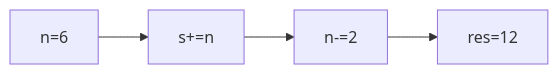
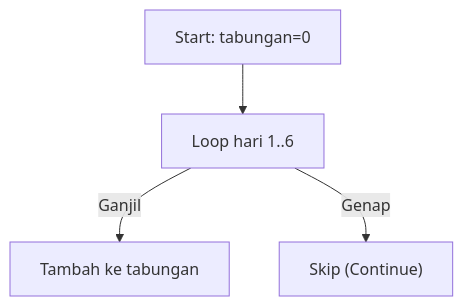
The ninth of 25 diagrams in part-c-pemahaman-cpp/03-perulangan/latihan/set-03.md (amnahwaida/OSNK_INF_PREP), drawn with Mermaid before and after one commit. The commit also changed other lines of this file and 71 other files, not shown here.

````diff
--- a/part-c-pemahaman-cpp/03-perulangan/latihan/set-03.md
+++ b/part-c-pemahaman-cpp/03-perulangan/latihan/set-03.md
@@ -237,6 +280,6 @@
 ```mermaid
-graph LR
-A["n=6"] --> B["s+=n"]
-B --> C["n-=2"]
-C --> D["res=12"]
+graph TD
+A["Start: tabungan=0"] --> B["Loop hari 1..6"]
+B -- Ganjil --> C["Tambah ke tabungan"]
+B -- Genap --> D["Skip (Continue)"]
 ```
````
